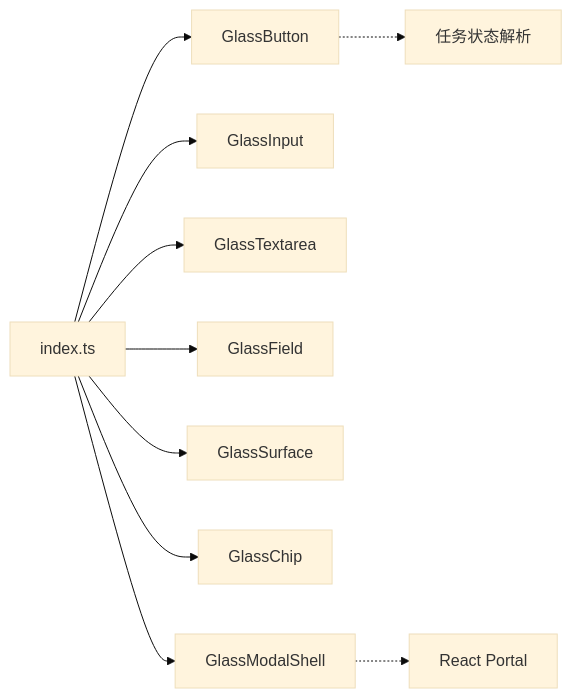
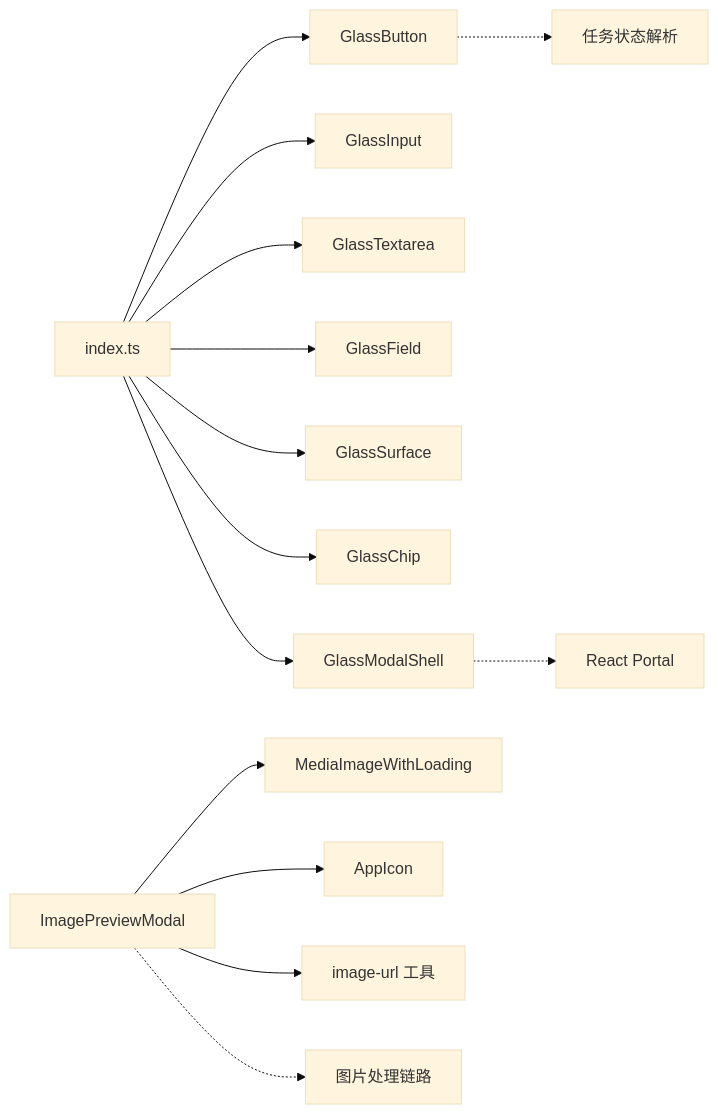
Before and after one commit to lyl2021/waoowaoo: the tenth of 10 diagrams in .qoder/repowiki/zh/content/前端组件架构/UI组件库/UI组件库.md, drawn with Mermaid (base theme). The commit also changed other lines of this file and 20 other files, not shown here.

````diff
--- a/.qoder/repowiki/zh/content/前端组件架构/UI组件库/UI组件库.md
+++ b/.qoder/repowiki/zh/content/前端组件架构/UI组件库/UI组件库.md
@@ -284,12 +347,16 @@
 ```mermaid
 graph LR
 IDX["index.ts"] --> BTN["GlassButton"]
 IDX --> INP["GlassInput"]
 IDX --> TXT["GlassTextarea"]
 IDX --> FLD["GlassField"]
 IDX --> SUR["GlassSurface"]
 IDX --> CHIP["GlassChip"]
 IDX --> MOD["GlassModalShell"]
+IM["ImagePreviewModal"] --> MIM["MediaImageWithLoading"]
+IM --> APP["AppIcon"]
+IM --> IU["image-url 工具"]
 BTN -.-> TSK["任务状态解析"]
 MOD -.-> DOM["React Portal"]
+IM -.-> IMG["图片处理链路"]
 ```
````
